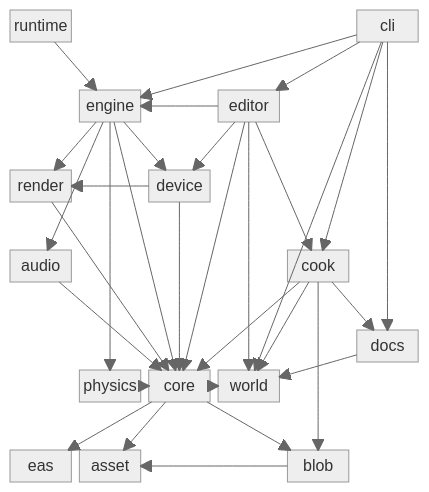
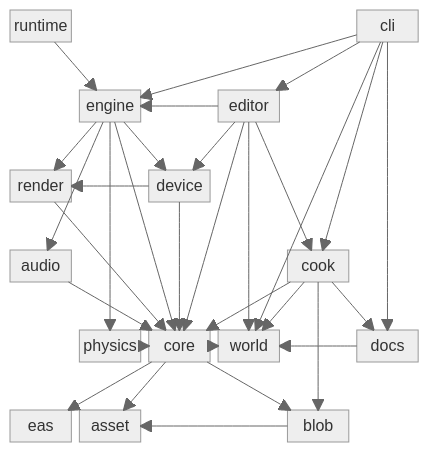
One commit to concinnitygg/concinnity changed the diagram in crates/README.md. Above: the diagram before and after it, drawn with Mermaid (neutral theme). The commit also changed other lines of this file and 28 other files, not shown here.

```diff
--- a/crates/README.md
+++ b/crates/README.md
@@ -55,14 +58,12 @@
 
 space:6
 
-space:5
-docs
-
 space:1
 physics
 core
 world
-space:2
+space:1
+docs
 
 space:6
 
```
